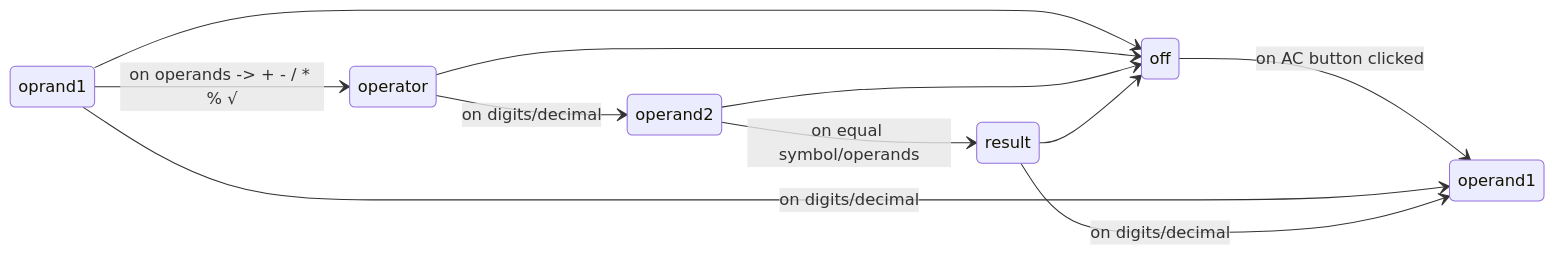
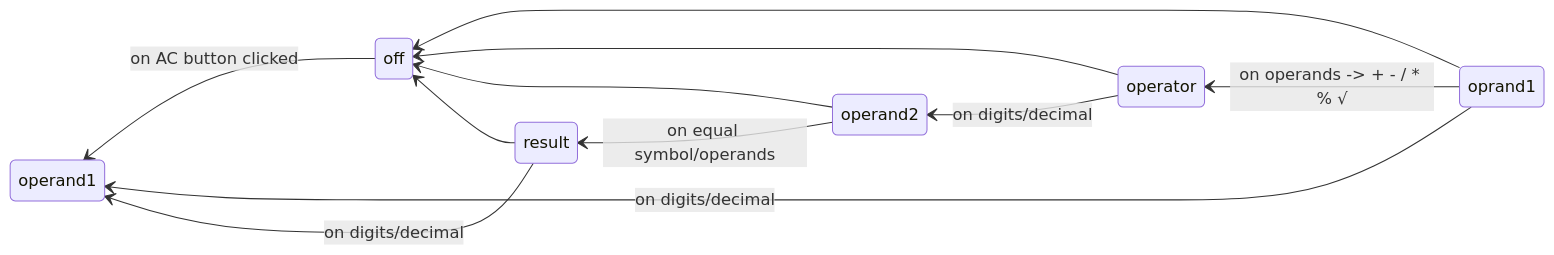
The diagram in README.md (noushad-pp/react-retro-calculator), drawn with Mermaid before and after one commit.

Commit message:
Improvements

````diff
--- a/README.md
+++ b/README.md
@@ -25,19 +25,19 @@
 ```mermaid
 stateDiagram-v2
-    direction LR
+    direction RL
 
     off --> operand1: on AC button clicked
 
     oprand1 --> off
     oprand1 --> operand1: on digits/decimal
     oprand1 --> operator: on operands -> + - / * % √
 
     operator --> off
     operator --> operand2: on digits/decimal
 
     operand2 --> off
     operand2 --> result: on equal symbol/operands
 
     result --> operand1: on digits/decimal
     result --> off
 ```
````
